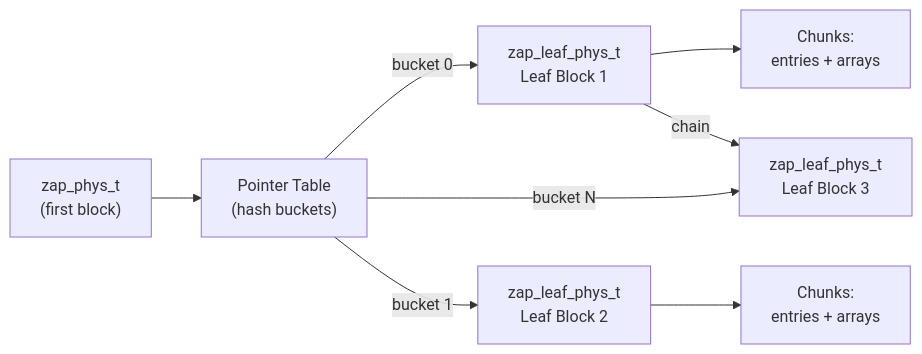
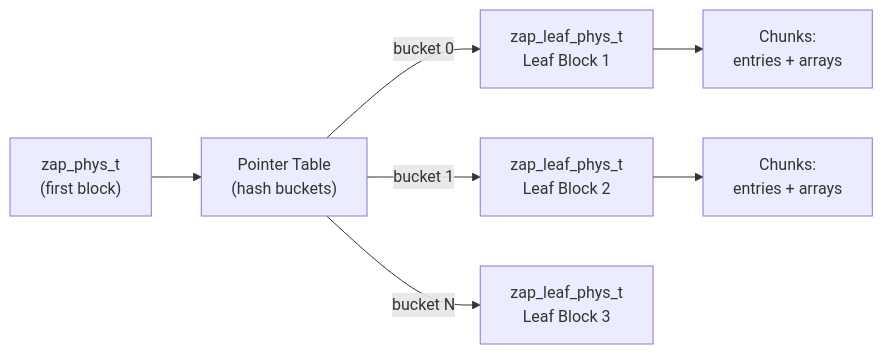
Before and after one commit to mminkus/zfs-ondiskformat: the diagram in docs/05-zap.md, drawn with Mermaid. The commit also changed other lines of this file, not shown here.

First line of the commit message:
Modernize Chapter 5: ZAP (microzap, fat ZAP, hash, leaf chains)

````diff
--- a/docs/05-zap.md
+++ b/docs/05-zap.md
@@ -99,18 +110,17 @@
 ```mermaid
 graph LR
     ZP["zap_phys_t<br/>(first block)"]
     PT["Pointer Table<br/>(hash buckets)"]
     LEAF1["zap_leaf_phys_t<br/>Leaf Block 1"]
     LEAF2["zap_leaf_phys_t<br/>Leaf Block 2"]
     LEAF3["zap_leaf_phys_t<br/>Leaf Block 3"]
     CHUNKS1["Chunks:<br/>entries + arrays"]
     CHUNKS2["Chunks:<br/>entries + arrays"]
 
     ZP --> PT
     PT -->|bucket 0| LEAF1
     PT -->|bucket 1| LEAF2
     PT -->|bucket N| LEAF3
     LEAF1 --> CHUNKS1
-    LEAF1 -->|chain| LEAF3
     LEAF2 --> CHUNKS2
 ```
````
